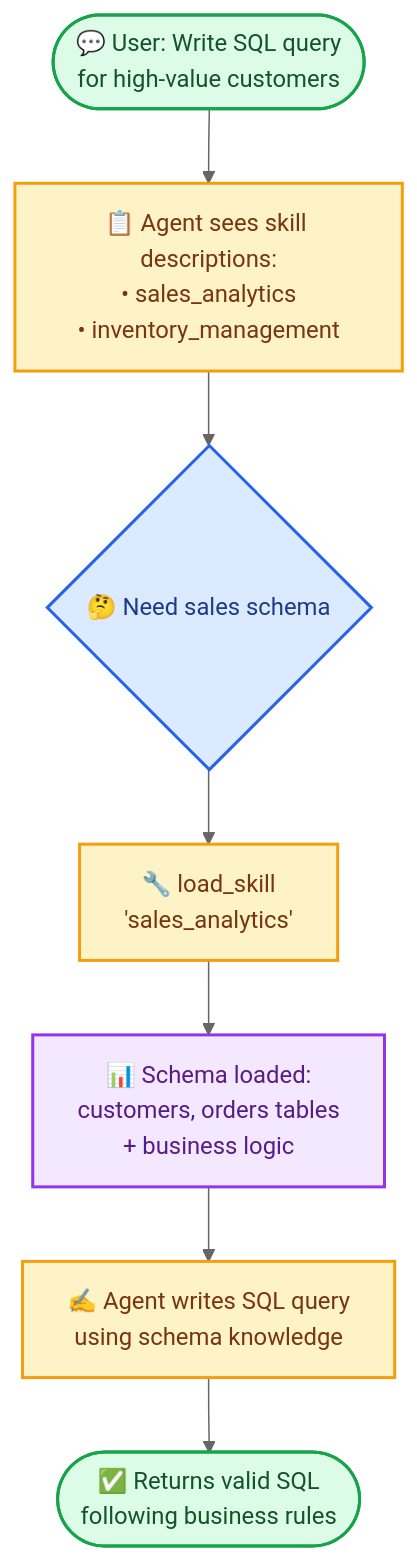
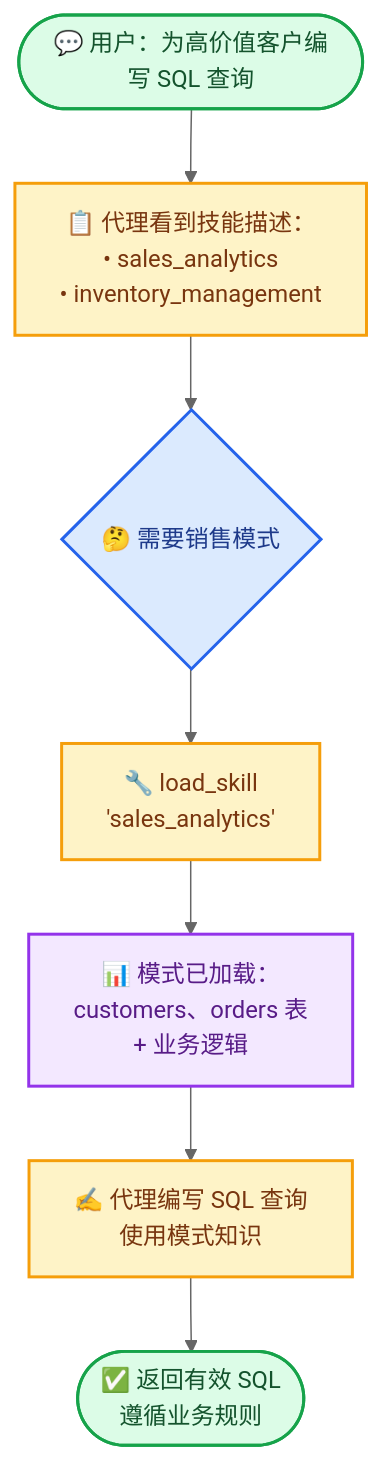
One commit to kunfan96/cndocs-langchain changed the diagram in oss/javascript/langchain/multi-agent/skills-sql-assistant.mdx. Above: the diagram before and after it, drawn with Mermaid. The commit also changed other lines of this file and 505 other files, not shown here.

````diff
--- a/oss/javascript/langchain/multi-agent/skills-sql-assistant.mdx
+++ b/oss/javascript/langchain/multi-agent/skills-sql-assistant.mdx
@@ -27,26 +27,26 @@
 ```mermaid
 %%{init: {'theme':'base', 'themeVariables': { 'primaryColor':'#4CAF50','primaryTextColor':'#fff','primaryBorderColor':'#2E7D32','lineColor':'#666','secondaryColor':'#FF9800','tertiaryColor':'#2196F3','tertiaryBorderColor':'#1565C0','tertiaryTextColor':'#fff'}}}%%
 flowchart TD
-    Start([💬 User: Write SQL query<br/>for high-value customers]) --> SystemPrompt[📋 Agent sees skill descriptions:<br/>• sales_analytics<br/>• inventory_management]
+    Start([💬 用户：为高价值客户编写 SQL 查询]) --> SystemPrompt[📋 代理看到技能描述：<br/>• sales_analytics<br/>• inventory_management]
 
-    SystemPrompt --> Decide{🤔 Need sales schema}
+    SystemPrompt --> Decide{🤔 需要销售模式}
 
     Decide --> LoadSkill[🔧 load_skill<br/>'sales_analytics']
 
-    LoadSkill --> Schema[📊 Schema loaded:<br/>customers, orders tables<br/>+ business logic]
+    LoadSkill --> Schema[📊 模式已加载：<br/>customers、orders 表<br/>+ 业务逻辑]
 
-    Schema --> WriteQuery[✍️ Agent writes SQL query<br/>using schema knowledge]
+    Schema --> WriteQuery[✍️ 代理编写 SQL 查询<br/>使用模式知识]
 
-    WriteQuery --> Response([✅ Returns valid SQL<br/>following business rules])
+    WriteQuery --> Response([✅ 返回有效 SQL<br/>遵循业务规则])
 
-    %% Styling for light and dark modes
+    %% 为浅色和深色模式设置样式
     classDef startEnd fill:#DCFCE7,stroke:#16A34A,stroke-width:2px,color:#14532D
     classDef process fill:#FEF3C7,stroke:#F59E0B,stroke-width:2px,color:#78350F
     classDef decision fill:#DBEAFE,stroke:#2563EB,stroke-width:2px,color:#1E3A8A
     classDef enrichment fill:#F3E8FF,stroke:#9333EA,stroke-width:2px,color:#581C87
 
     class Start,Response startEnd
     class SystemPrompt,LoadSkill,WriteQuery process
     class Decide decision
     class Schema enrichment
 ```
````
